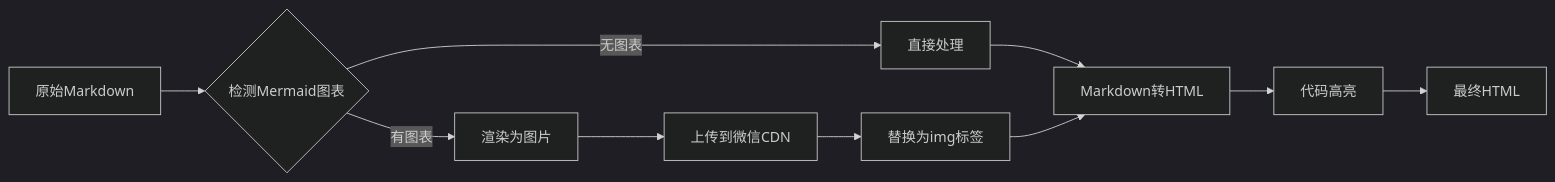
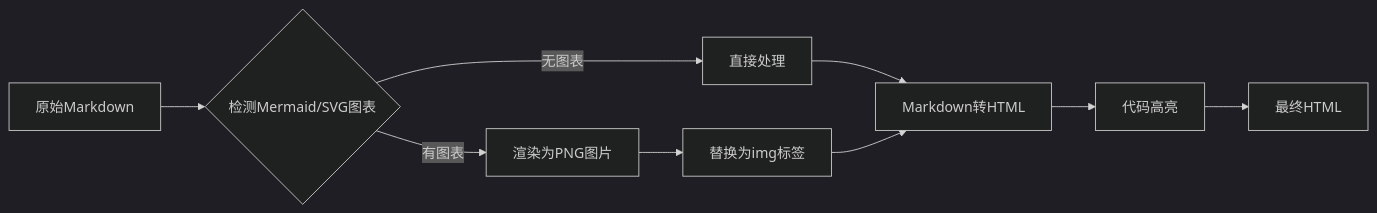
Before and after one commit to cygnusyang/wechatpost: the third of 7 diagrams in docs/architecture.md, drawn with Mermaid (dark theme). The commit also changed other lines of this file and 8 other files, not shown here.

````diff
--- a/docs/architecture.md
+++ b/docs/architecture.md
@@ -136,12 +109,11 @@
   ```mermaid
   graph LR
-    A[原始Markdown] --> B{检测Mermaid图表}
-    B -->|有图表| C[渲染为图片]
+    A[原始Markdown] --> B{检测Mermaid/SVG图表}
+    B -->|有图表| C[渲染为PNG图片]
     B -->|无图表| D[直接处理]
-    C --> E[上传到微信CDN]
-    E --> F[替换为img标签]
+    C --> F[替换为img标签]
     D --> G[Markdown转HTML]
     F --> G
     G --> H[代码高亮]
     H --> I[最终HTML]
   ```
````
